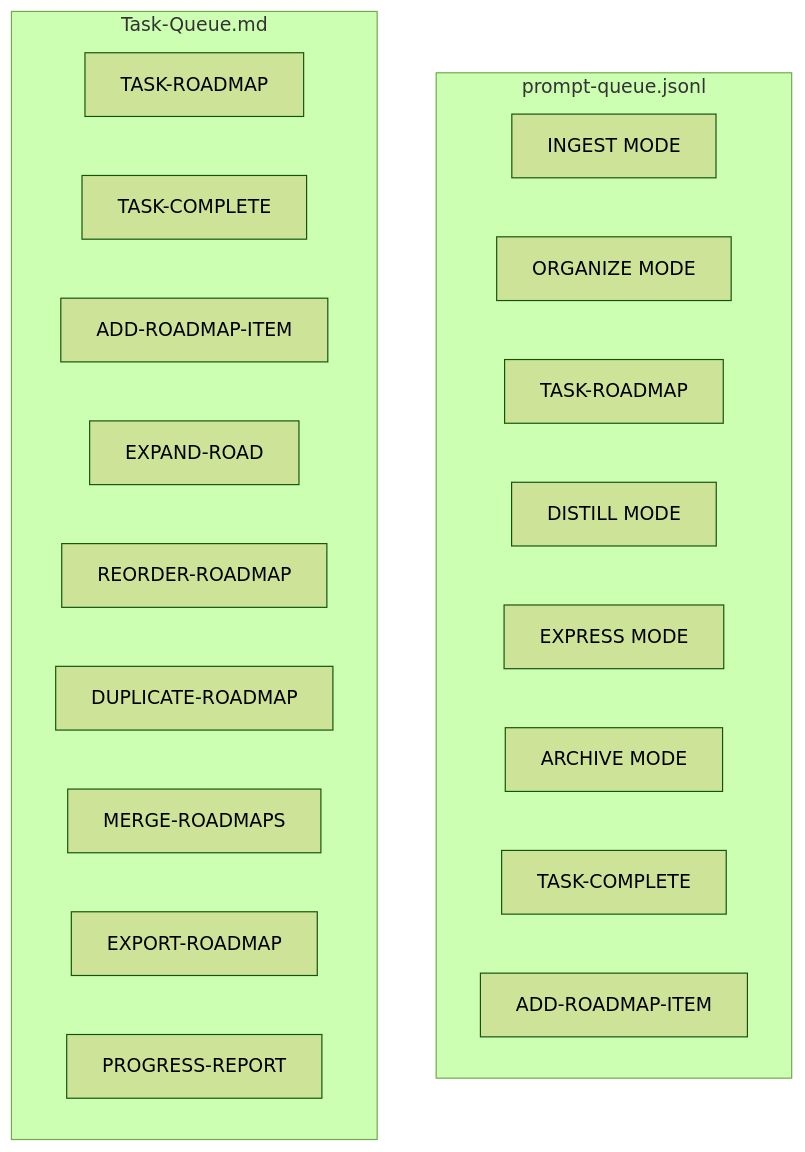
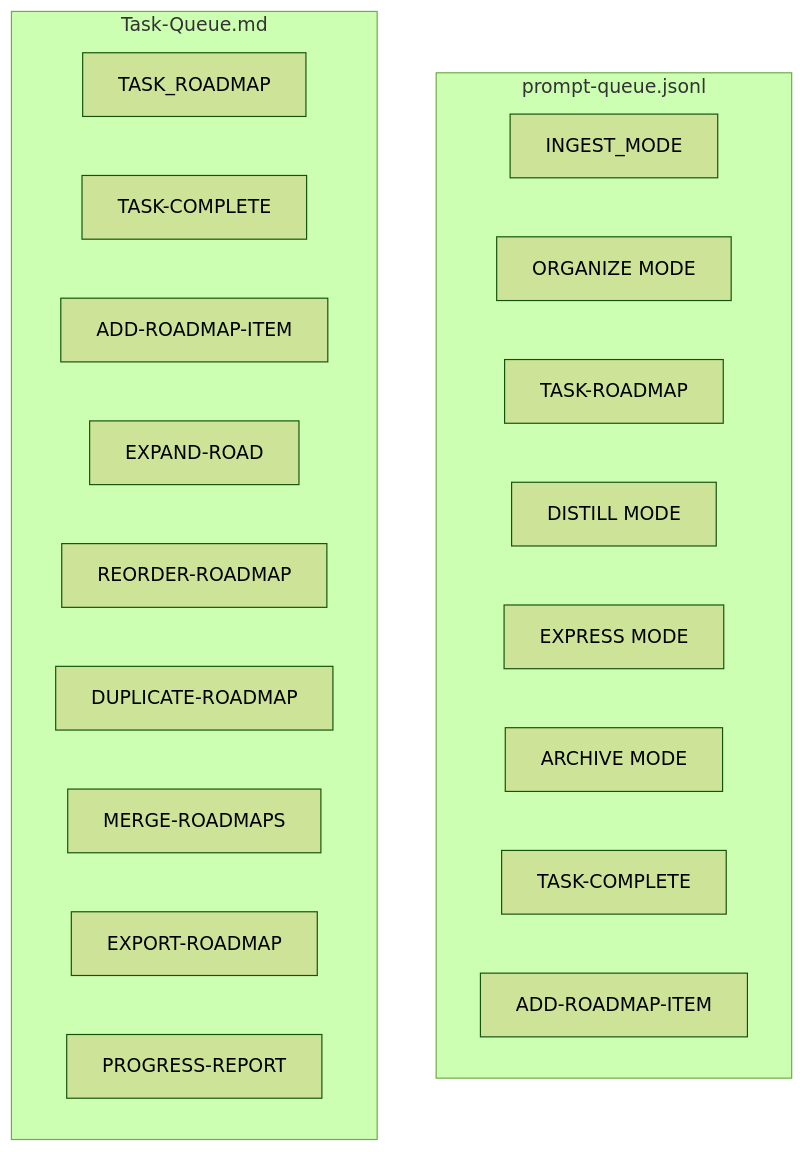
Before and after one commit to L0RDTH0TH/genesis-mythos-master-roadmap: the fourth of 4 diagrams in 3-Resources/Second-Brain/Parameters.md, drawn with Mermaid (forest theme). The commit also changed other lines of this file and 3337 other files, not shown here.

````diff
--- a/3-Resources/Second-Brain/Parameters.md
+++ b/3-Resources/Second-Brain/Parameters.md
@@ -161,24 +372,24 @@
 ```mermaid
 flowchart TB
   subgraph promptQueue [prompt-queue.jsonl]
-    P1[INGEST MODE]
+    P1[INGEST_MODE]
     P2[ORGANIZE MODE]
     P3[TASK-ROADMAP]
     P4[DISTILL MODE]
     P5[EXPRESS MODE]
     P6[ARCHIVE MODE]
     P7[TASK-COMPLETE]
     P8[ADD-ROADMAP-ITEM]
   end
   subgraph taskQueue [Task-Queue.md]
-    T1[TASK-ROADMAP]
+    T1[TASK_ROADMAP]
     T2[TASK-COMPLETE]
     T3[ADD-ROADMAP-ITEM]
     T4[EXPAND-ROAD]
     T5[REORDER-ROADMAP]
     T6[DUPLICATE-ROADMAP]
     T7[MERGE-ROADMAPS]
     T8[EXPORT-ROADMAP]
     T9[PROGRESS-REPORT]
   end
 ```
````
